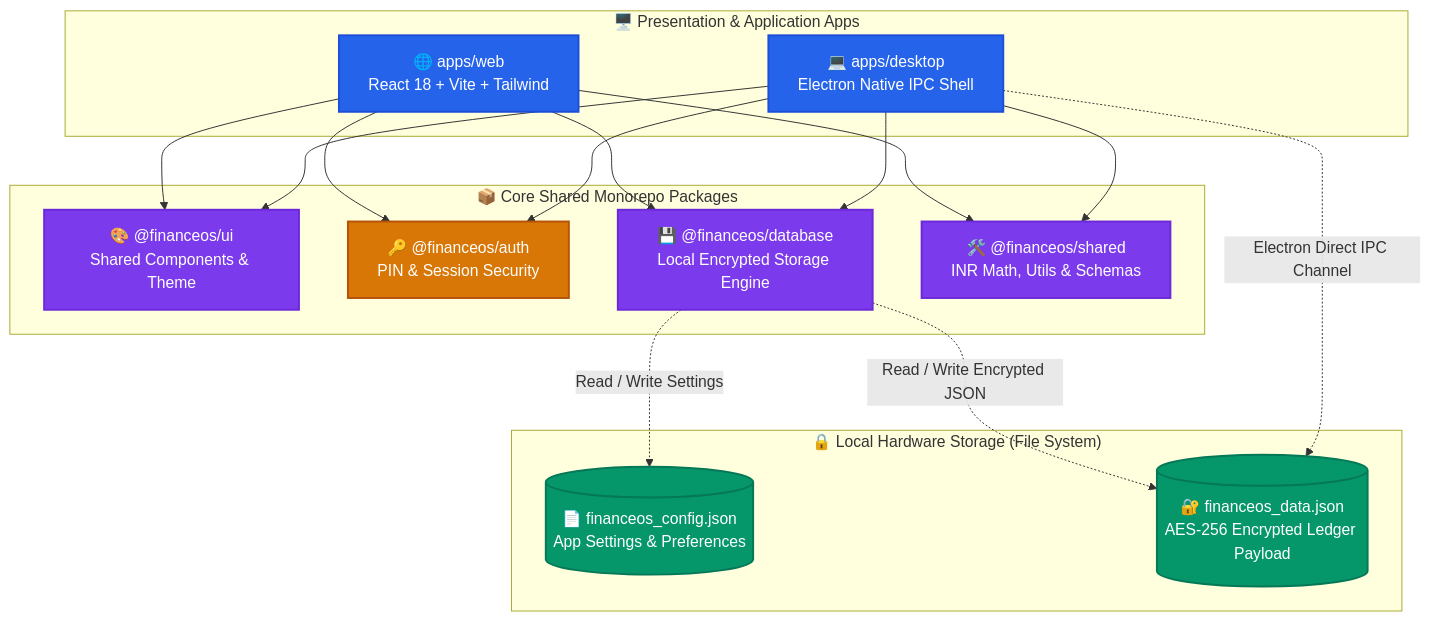
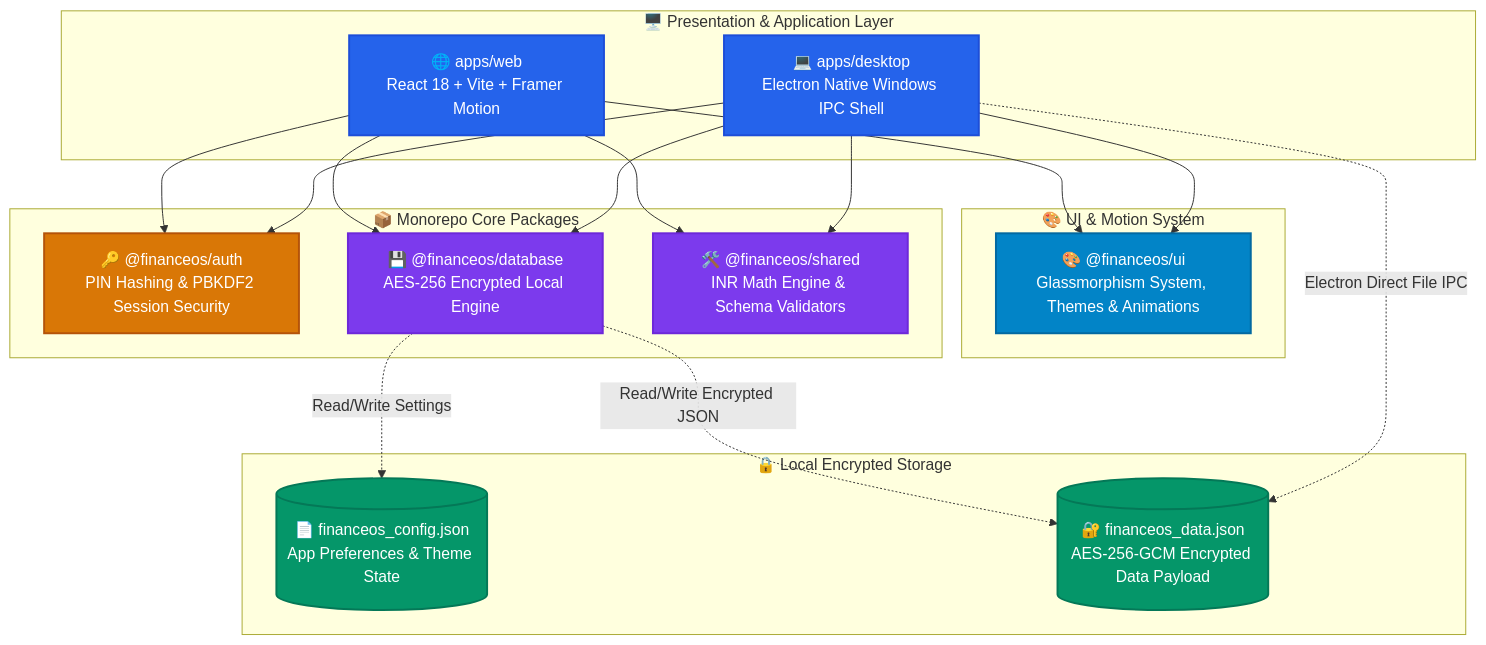
Before and after one commit to AnuroopSrivastava/MyFinanceOS: the first of 3 diagrams in README.md, drawn with Mermaid. The commit also changed other lines of this file and 23 other files, not shown here.

Commit message:
docs & feat: update README with animations & glassmorphism UI, update desktop app packaging, and refine UI components

````diff
--- a/README.md
+++ b/README.md
@@ -56,41 +78,45 @@
 ```mermaid
 graph TD
     %% Custom Styling
     classDef client fill:#2563eb,stroke:#1d4ed8,stroke-width:2px,color:#fff;
     classDef core fill:#7c3aed,stroke:#6d28d9,stroke-width:2px,color:#fff;
     classDef storage fill:#059669,stroke:#047857,stroke-width:2px,color:#fff;
     classDef crypto fill:#d97706,stroke:#b45309,stroke-width:2px,color:#fff;
+    classDef ui fill:#0284c7,stroke:#0369a1,stroke-width:2px,color:#fff;
 
-    subgraph ClientLayer["🖥️ Presentation & Application Apps"]
-        Web["🌐 apps/web<br/>React 18 + Vite + Tailwind"]:::client
-        Desktop["💻 apps/desktop<br/>Electron Native IPC Shell"]:::client
+    subgraph ClientLayer["🖥️ Presentation & Application Layer"]
+        Web["🌐 apps/web<br/>React 18 + Vite + Framer Motion"]:::client
+        Desktop["💻 apps/desktop<br/>Electron Native Windows IPC Shell"]:::client
     end
 
-    subgraph PackageLayer["📦 Core Shared Monorepo Packages"]
-        UI["🎨 @financeos/ui<br/>Shared Components & Theme"]:::core
-        Auth["🔑 @financeos/auth<br/>PIN & Session Security"]:::crypto
-        DB["💾 @financeos/database<br/>Local Encrypted Storage Engine"]:::core
-        Shared["🛠️ @financeos/shared<br/>INR Math, Utils & Schemas"]:::core
+    subgraph MotionLayer["🎨 UI & Motion System"]
+        UI["🎨 @financeos/ui<br/>Glassmorphism System, Themes & Animations"]:::ui
     end
 
-    subgraph StorageLayer["🔒 Local Hardware Storage (File System)"]
-        ConfigFile[("📄 financeos_config.json<br/>App Settings & Preferences")]:::storage
-        DataFile[("🔐 financeos_data.json<br/>AES-256 Encrypted Ledger Payload")]:::storage
+    subgraph PackageLayer["📦 Monorepo Core Packages"]
+        Auth["🔑 @financeos/auth<br/>PIN Hashing & PBKDF2 Session Security"]:::crypto
+        DB["💾 @financeos/database<br/>AES-256 Encrypted Local Engine"]:::core
+        Shared["🛠️ @financeos/shared<br/>INR Math Engine & Schema Validators"]:::core
     end
 
-    %% Component Interconnections
+    subgraph StorageLayer["🔒 Local Encrypted Storage"]
+        ConfigFile[("📄 financeos_config.json<br/>App Preferences & Theme State")]:::storage
+        DataFile[("🔐 financeos_data.json<br/>AES-256-GCM Encrypted Data Payload")]:::storage
+    end
+
+    %% Component Connections
     Web --> UI
     Web --> Auth
     Web --> DB
     Web --> Shared
 
     Desktop --> UI
     Desktop --> Auth
     Desktop --> DB
     Desktop --> Shared
 
-    %% File System Persistence Flow
-    DB -.->|Read / Write Encrypted JSON| DataFile
-    DB -.->|Read / Write Settings| ConfigFile
-    Desktop -.->|Electron Direct IPC Channel| DataFile
+    %% Persistence Flow
+    DB -.->|Read/Write Encrypted JSON| DataFile
+    DB -.->|Read/Write Settings| ConfigFile
+    Desktop -.->|Electron Direct File IPC| DataFile
 ```
````
